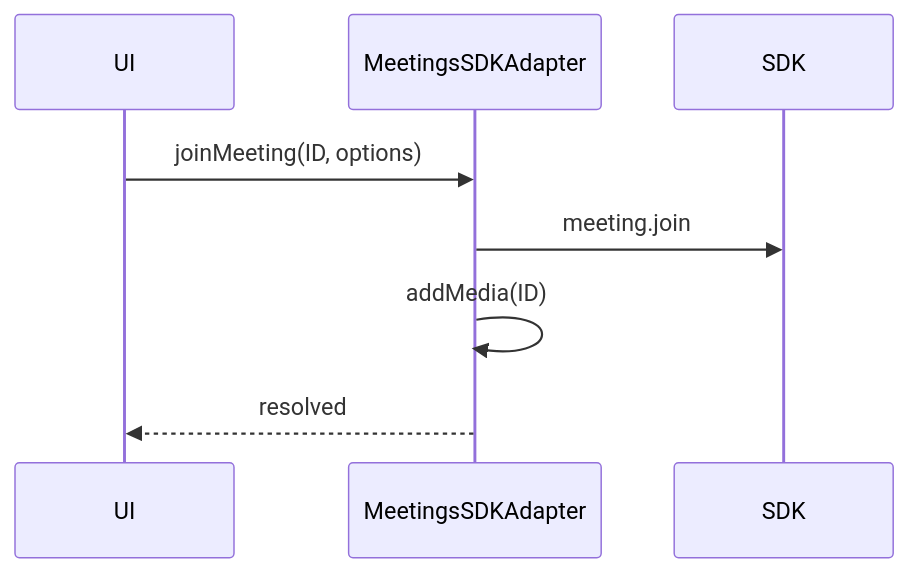
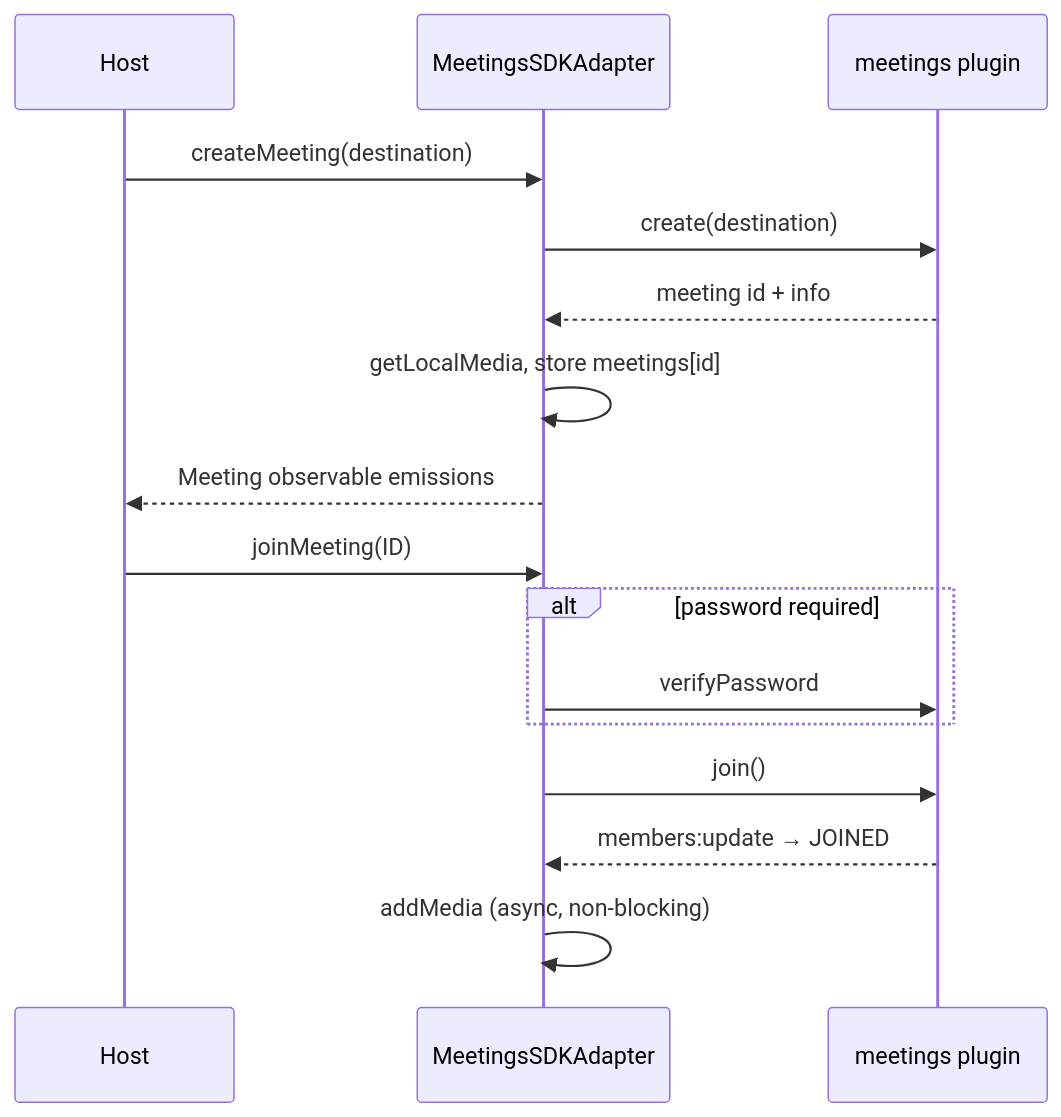
Before and after one commit to webex/sdk-component-adapter: the second of 4 diagrams in src/ai-docs/meetings-sdk-adapter-spec.md, drawn with Mermaid. The commit also changed other lines of this file and 17 other files, not shown here.

````diff
--- a/src/ai-docs/meetings-sdk-adapter-spec.md
+++ b/src/ai-docs/meetings-sdk-adapter-spec.md
@@ -154,11 +143,20 @@
 ```mermaid
 sequenceDiagram
-  participant UI
+  participant Host
   participant Adapter as MeetingsSDKAdapter
-  participant SDK
+  participant SDK as meetings plugin
 
-  UI->>Adapter: joinMeeting(ID, options)
-  Adapter->>SDK: meeting.join
-  Adapter->>Adapter: addMedia(ID)
-  Adapter-->>UI: resolved
+  Host->>Adapter: createMeeting(destination)
+  Adapter->>SDK: create(destination)
+  SDK-->>Adapter: meeting id + info
+  Adapter->>Adapter: getLocalMedia, store meetings[id]
+  Adapter-->>Host: Meeting observable emissions
+
+  Host->>Adapter: joinMeeting(ID)
+  alt password required
+    Adapter->>SDK: verifyPassword
+  end
+  Adapter->>SDK: join()
+  SDK-->>Adapter: members:update → JOINED
+  Adapter->>Adapter: addMedia (async, non-blocking)
 ```
````
